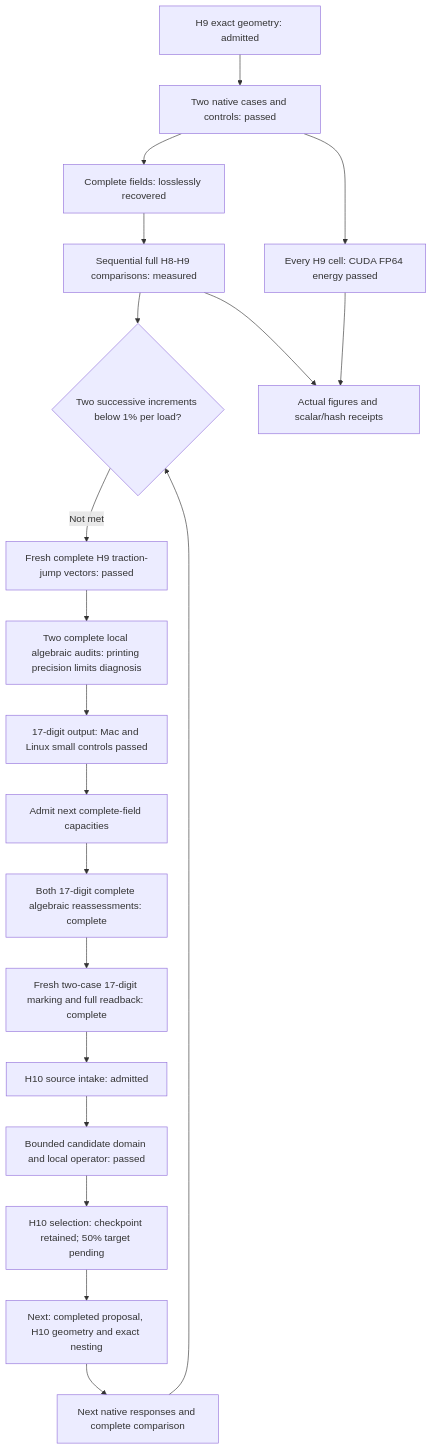
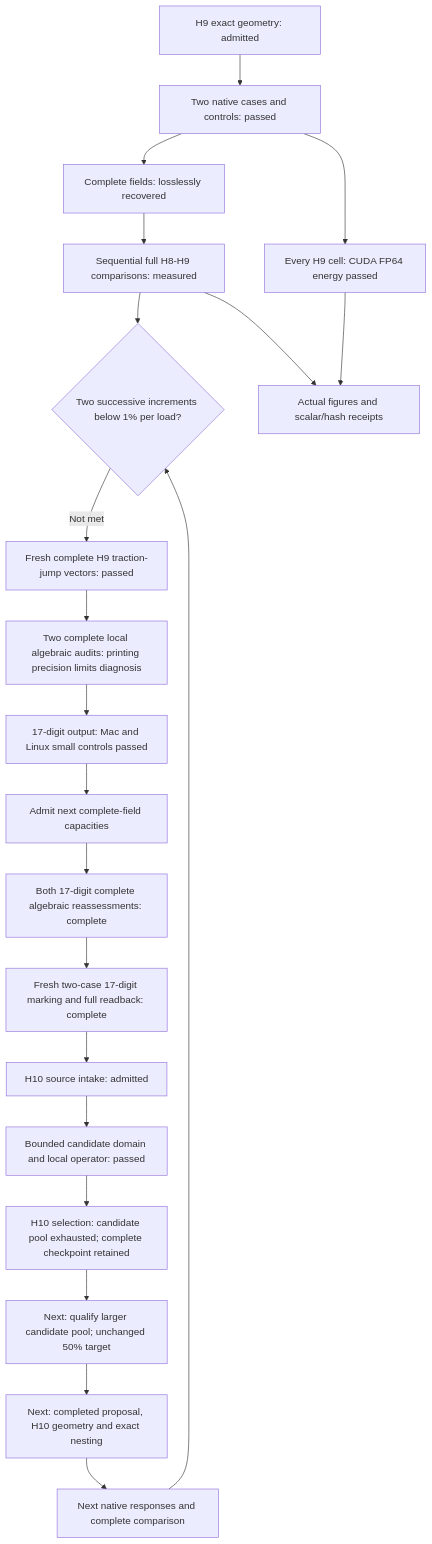
The diagram in docs/reports/carrier-h9-native-results-20261107.md (cluster2600/porscheparts), drawn with Mermaid before and after one commit. The commit also changed other lines of this file and 3 other files, not shown here.

Commit message:
Record exact support-band check and H10 domain exhaustion

````diff
--- a/docs/reports/carrier-h9-native-results-20261107.md
+++ b/docs/reports/carrier-h9-native-results-20261107.md
@@ -520,22 +555,23 @@
 ```mermaid
 flowchart TD
     G["H9 exact geometry: admitted"] --> N["Two native cases and controls: passed"]
     N --> R["Complete fields: losslessly recovered"]
     N --> GPU["Every H9 cell: CUDA FP64 energy passed"]
     R --> C["Sequential full H8-H9 comparisons: measured"]
     C --> S{"Two successive increments below 1% per load?"}
     S -->|"Not met"| M["Fresh complete H9 traction-jump vectors: passed"]
     M --> LOCAL["Two complete local algebraic audits: printing precision limits diagnosis"]
     LOCAL --> PRECISION["17-digit output: Mac and Linux small controls passed"]
     PRECISION --> CAP["Admit next complete-field capacities"]
     CAP --> REPLAY["Both 17-digit complete algebraic reassessments: complete"]
     REPLAY --> MARK["Fresh two-case 17-digit marking and full readback: complete"]
     MARK --> INTAKE["H10 source intake: admitted"]
     INTAKE --> QUAL["Bounded candidate domain and local operator: passed"]
-    QUAL --> SELECT["H10 selection: checkpoint retained; 50% target pending"]
-    SELECT --> V["Next: completed proposal, H10 geometry and exact nesting"]
+    QUAL --> SELECT["H10 selection: candidate pool exhausted; complete checkpoint retained"]
+    SELECT --> DOMAIN["Next: qualify larger candidate pool; unchanged 50% target"]
+    DOMAIN --> V["Next: completed proposal, H10 geometry and exact nesting"]
     V --> NEXT["Next native responses and complete comparison"]
     NEXT --> S
     C --> FIG["Actual figures and scalar/hash receipts"]
     GPU --> FIG
 ```
````
